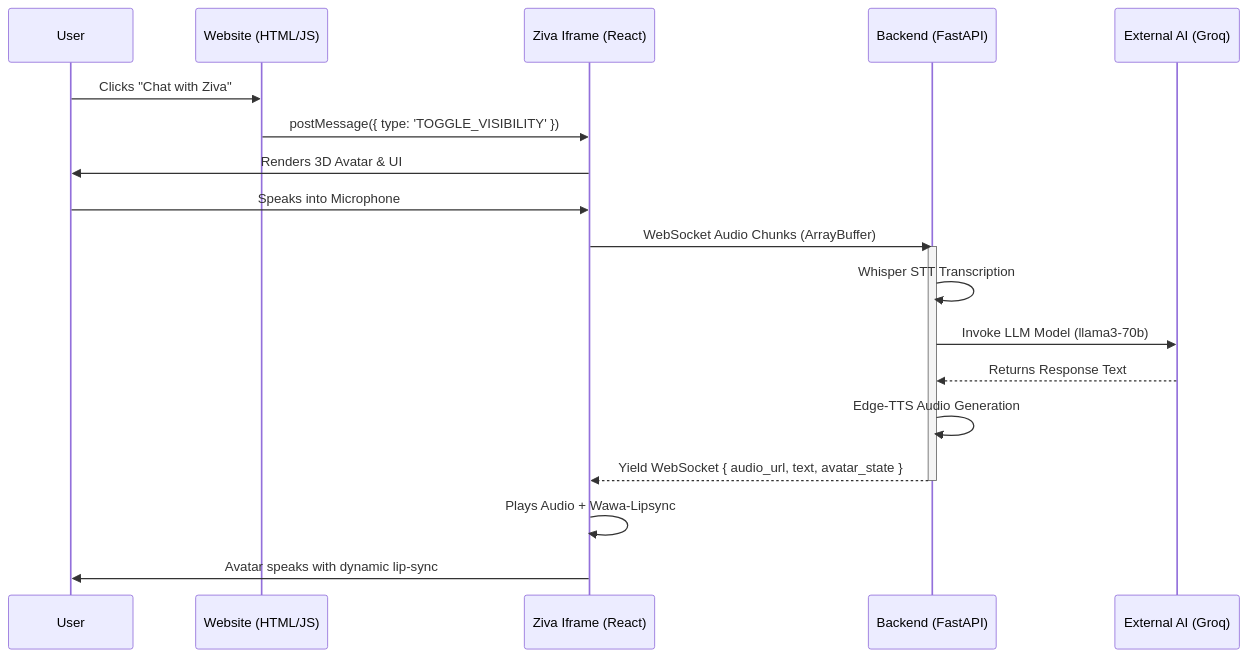
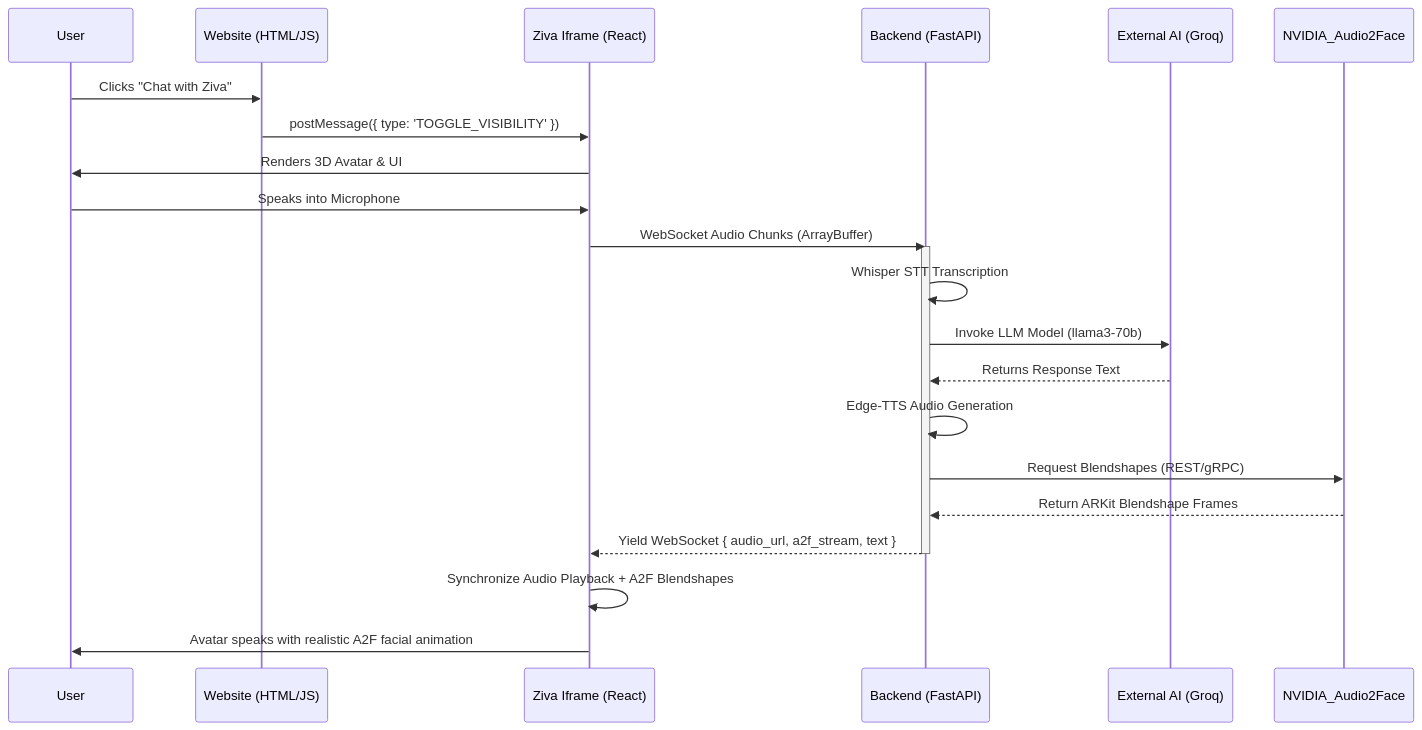
Before and after one commit to kaushaljindall/YatraSathi: the diagram in README.md, drawn with Mermaid. The commit also changed other lines of this file and 28 other files, not shown here.

````diff
--- a/README.md
+++ b/README.md
@@ -28,25 +28,27 @@
 ```mermaid
 sequenceDiagram
     participant User
     participant HTMLWebsite as Website (HTML/JS)
     participant ReactChatbot as Ziva Iframe (React)
     participant FastAPI as Backend (FastAPI)
     participant GroqLLM as External AI (Groq)
 
     User->>HTMLWebsite: Clicks "Chat with Ziva"
     HTMLWebsite->>ReactChatbot: postMessage({ type: 'TOGGLE_VISIBILITY' })
     ReactChatbot->>User: Renders 3D Avatar & UI
     User->>ReactChatbot: Speaks into Microphone
     ReactChatbot->>FastAPI: WebSocket Audio Chunks (ArrayBuffer)
     
     activate FastAPI
     FastAPI->>FastAPI: Whisper STT Transcription
     FastAPI->>GroqLLM: Invoke LLM Model (llama3-70b)
     GroqLLM-->>FastAPI: Returns Response Text
     FastAPI->>FastAPI: Edge-TTS Audio Generation
-    FastAPI-->>ReactChatbot: Yield WebSocket { audio_url, text, avatar_state }
+    FastAPI->>NVIDIA_Audio2Face: Request Blendshapes (REST/gRPC)
+    NVIDIA_Audio2Face-->>FastAPI: Return ARKit Blendshape Frames
+    FastAPI-->>ReactChatbot: Yield WebSocket { audio_url, a2f_stream, text }
     deactivate FastAPI
     
-    ReactChatbot->>ReactChatbot: Plays Audio + Wawa-Lipsync
-    ReactChatbot->>User: Avatar speaks with dynamic lip-sync
+    ReactChatbot->>ReactChatbot: Synchronize Audio Playback + A2F Blendshapes
+    ReactChatbot->>User: Avatar speaks with realistic A2F facial animation
 ```
````
